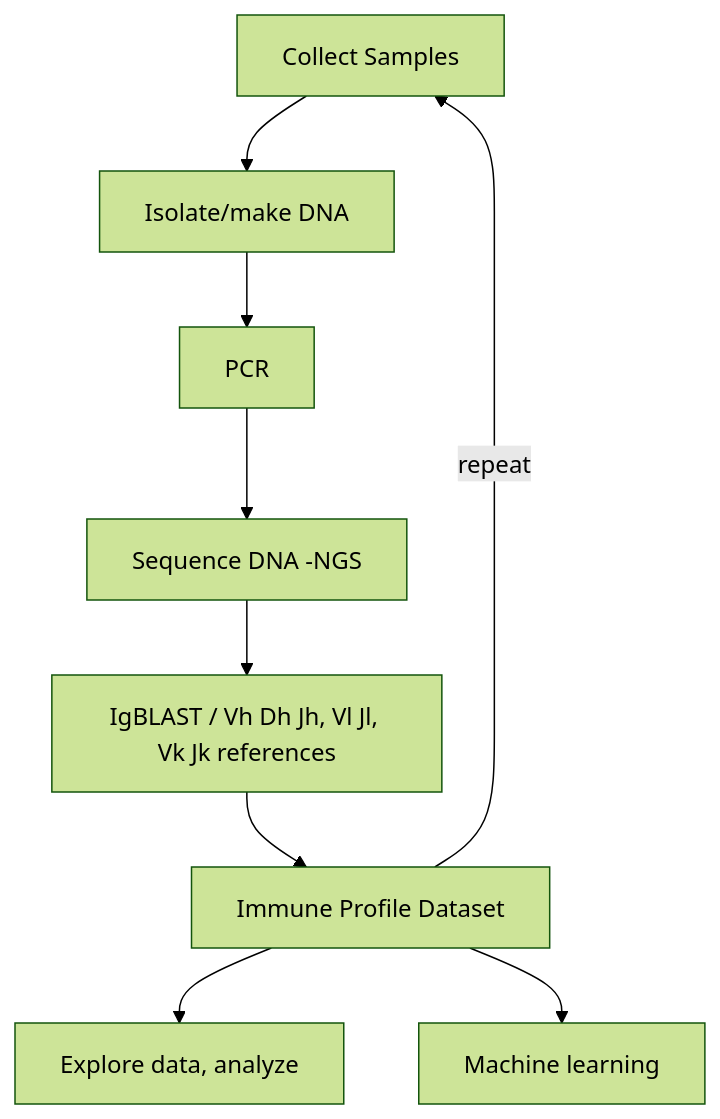
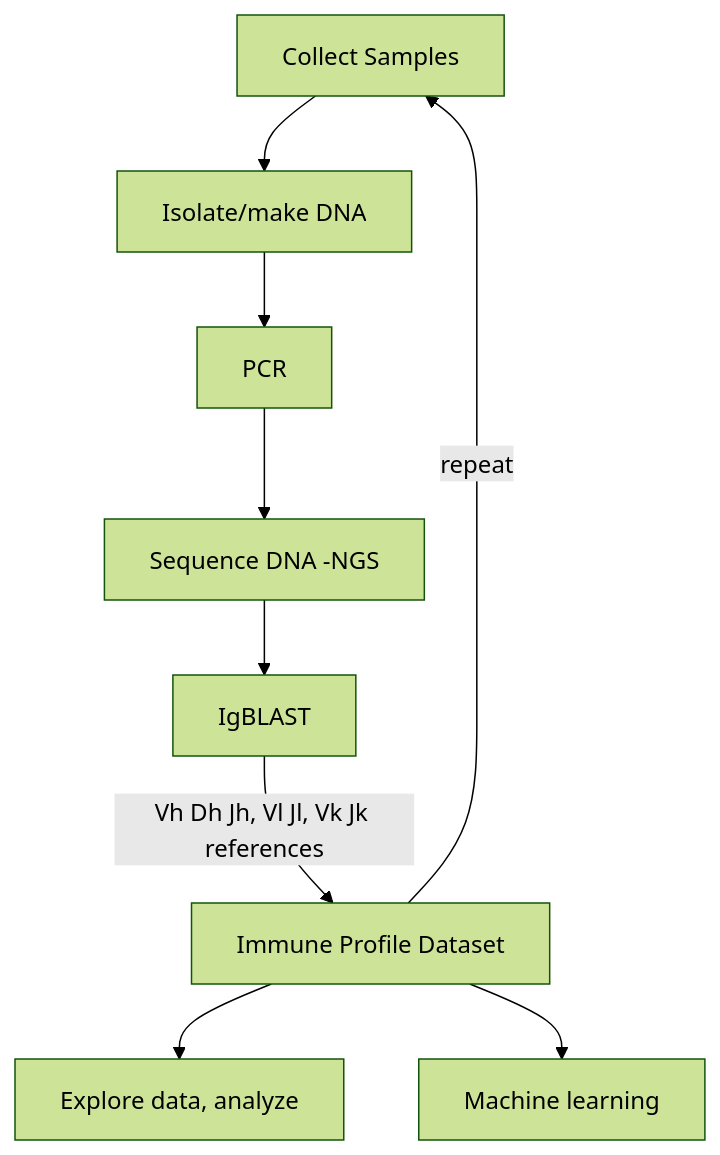
Before and after one commit to NCBI-Codeathons/mlxai-2024-team-smith: the second of 2 diagrams in README.md, drawn with Mermaid (forest theme).

````diff
--- a/README.md
+++ b/README.md
@@ -56,7 +56,7 @@
 ```mermaid
     flowchart TD
-    A[Collect Samples] --> B[Isolate/make DNA] --> C[PCR] --> D[Sequence DNA -NGS] --> E[IgBLAST / Vh Dh Jh, Vl Jl, Vk Jk references] --> F[Immune Profile Dataset];
+    A[Collect Samples] --> B[Isolate/make DNA] --> C[PCR] --> D[Sequence DNA -NGS] --> E[IgBLAST] -- Vh Dh Jh, Vl Jl, Vk Jk references --> F[Immune Profile Dataset];
     F -- repeat --> A
     F --> G[Explore data, analyze];
     F --> H[Machine learning]; 
 ```
````
